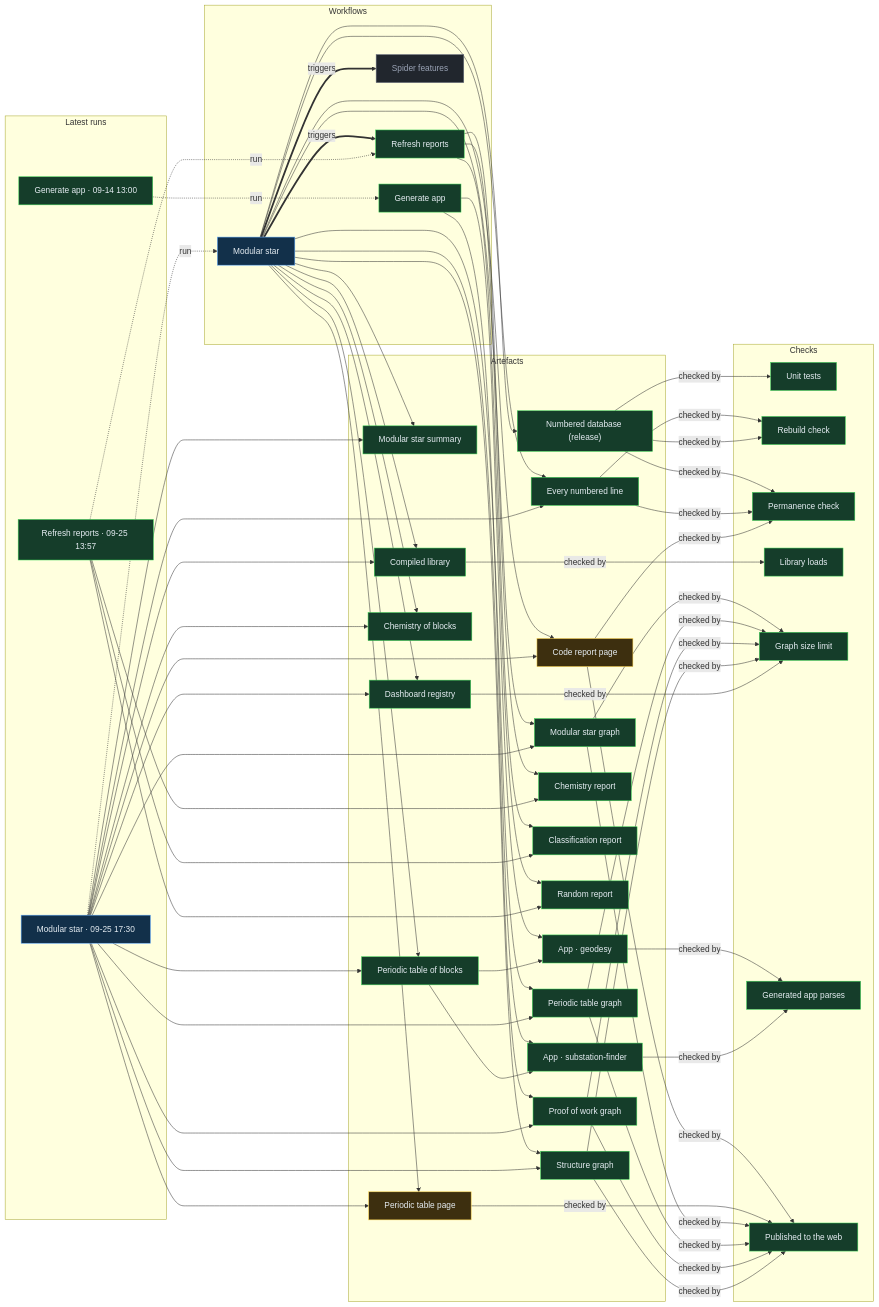
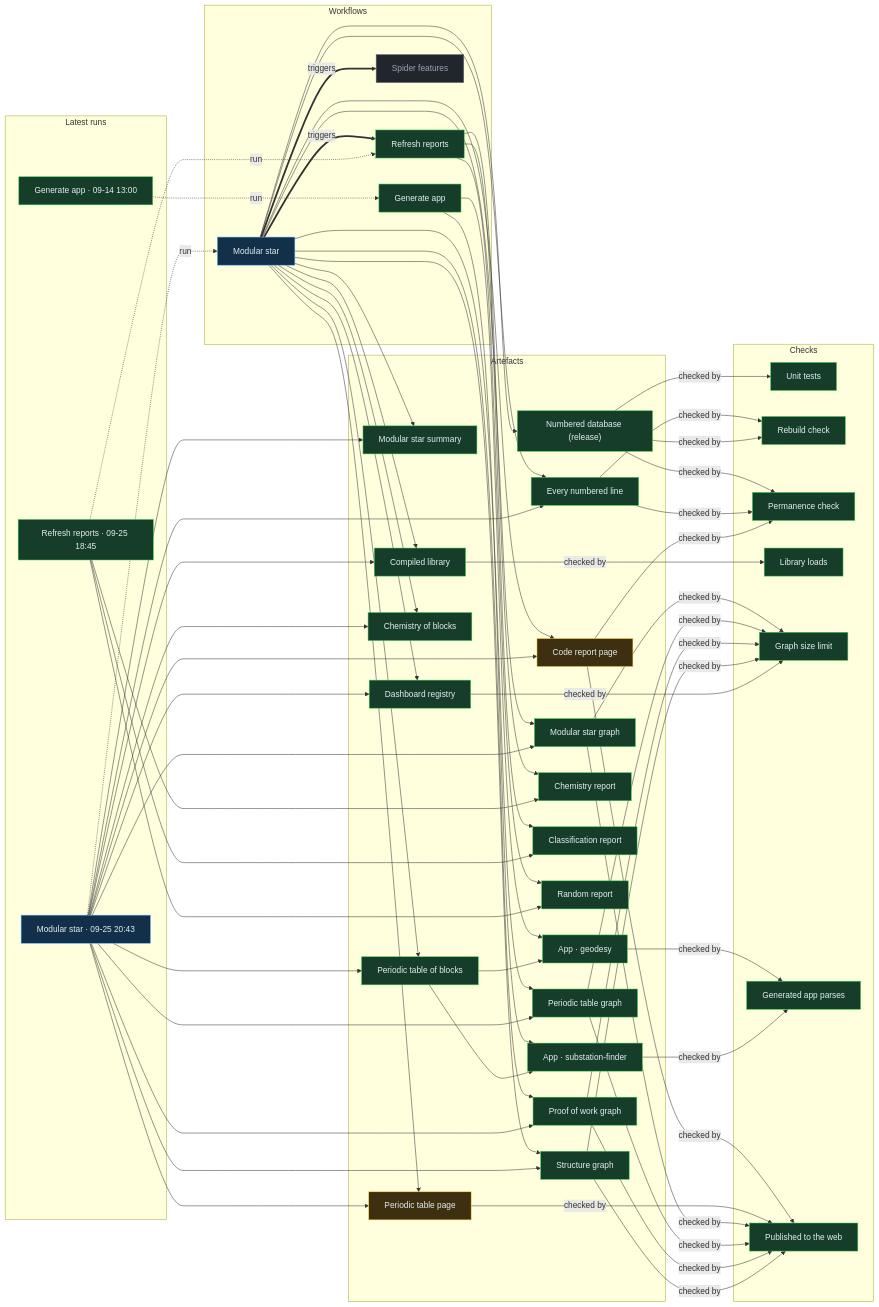
The diagram in proof/PROOF.md (Ventusltd/stars), drawn with Mermaid before and after one commit. The commit also changed other lines of this file and 40 other files, not shown here.

Commit message:
Modular star 2026-09-25T20:45Z

```diff
--- a/proof/PROOF.md
+++ b/proof/PROOF.md
@@ -24,8 +24,8 @@
   n_wf_spider_features["Spider features"]:::off
   end
   subgraph g_runs["Latest runs"]
-  n_run_36167589490["Modular star · 09-25 17:30"]:::live
-  n_run_36144291596["Refresh reports · 09-25 13:57"]:::ok
+  n_run_36187478448["Modular star · 09-25 20:43"]:::live
+  n_run_36175393575["Refresh reports · 09-25 18:45"]:::ok
   n_run_34846587798["Generate app · 09-14 13:00"]:::ok
   end
   subgraph g_artefacts["Artefacts"]
@@ -59,39 +59,39 @@
   end
   n_wf_modular_star == triggers ==> n_wf_refresh
   n_wf_modular_star == triggers ==> n_wf_spider_features
-  n_run_36167589490 -. run .-> n_wf_modular_star
-  n_run_36144291596 -. run .-> n_wf_refresh
+  n_run_36187478448 -. run .-> n_wf_modular_star
+  n_run_36175393575 -. run .-> n_wf_refresh
   n_run_34846587798 -. run .-> n_wf_generate
   n_wf_modular_star --> n_art_summary
-  n_run_36167589490 --> n_art_summary
+  n_run_36187478448 --> n_art_summary
   n_wf_modular_star --> n_art_lines
-  n_run_36167589490 --> n_art_lines
+  n_run_36187478448 --> n_art_lines
   n_wf_modular_star --> n_art_code
-  n_run_36167589490 --> n_art_code
+  n_run_36187478448 --> n_art_code
   n_wf_modular_star --> n_art_modular_graph
-  n_run_36167589490 --> n_art_modular_graph
+  n_run_36187478448 --> n_art_modular_graph
   n_wf_modular_star --> n_art_blocks
-  n_run_36167589490 --> n_art_blocks
+  n_run_36187478448 --> n_art_blocks
   n_wf_modular_star --> n_art_table
-  n_run_36167589490 --> n_art_table
+  n_run_36187478448 --> n_art_table
   n_wf_modular_star --> n_art_blocks_graph
-  n_run_36167589490 --> n_art_blocks_graph
+  n_run_36187478448 --> n_art_blocks_graph
   n_wf_modular_star --> n_art_reactions
-  n_run_36167589490 --> n_art_reactions
+  n_run_36187478448 --> n_art_reactions
   n_wf_modular_star --> n_art_library
-  n_run_36167589490 --> n_art_library
+  n_run_36187478448 --> n_art_library
   n_wf_modular_star --> n_art_features
-  n_run_36167589490 --> n_art_features
+  n_run_36187478448 --> n_art_features
   n_wf_modular_star --> n_art_proof
-  n_run_36167589490 --> n_art_proof
+  n_run_36187478448 --> n_art_proof
   n_wf_modular_star --> n_art_structure
-  n_run_36167589490 --> n_art_structure
+  n_run_36187478448 --> n_art_structure
   n_wf_refresh --> n_art_chemistry
-  n_run_36144291596 --> n_art_chemistry
+  n_run_36175393575 --> n_art_chemistry
   n_wf_refresh --> n_art_vedic
-  n_run_36144291596 --> n_art_vedic
+  n_run_36175393575 --> n_art_vedic
   n_wf_refresh --> n_art_random
-  n_run_36144291596 --> n_art_random
+  n_run_36175393575 --> n_art_random
   n_wf_modular_star --> n_art_release
   n_wf_generate --> n_app_geodesy
   n_art_blocks --> n_app_geodesy
```
